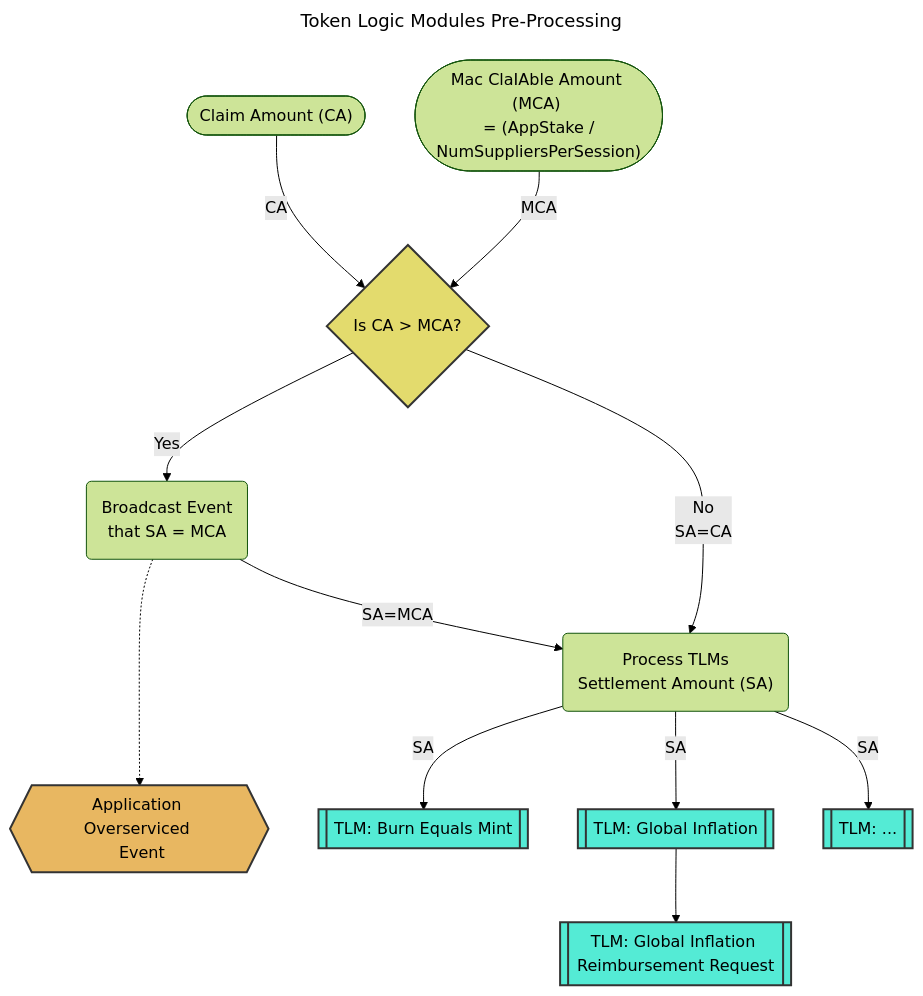
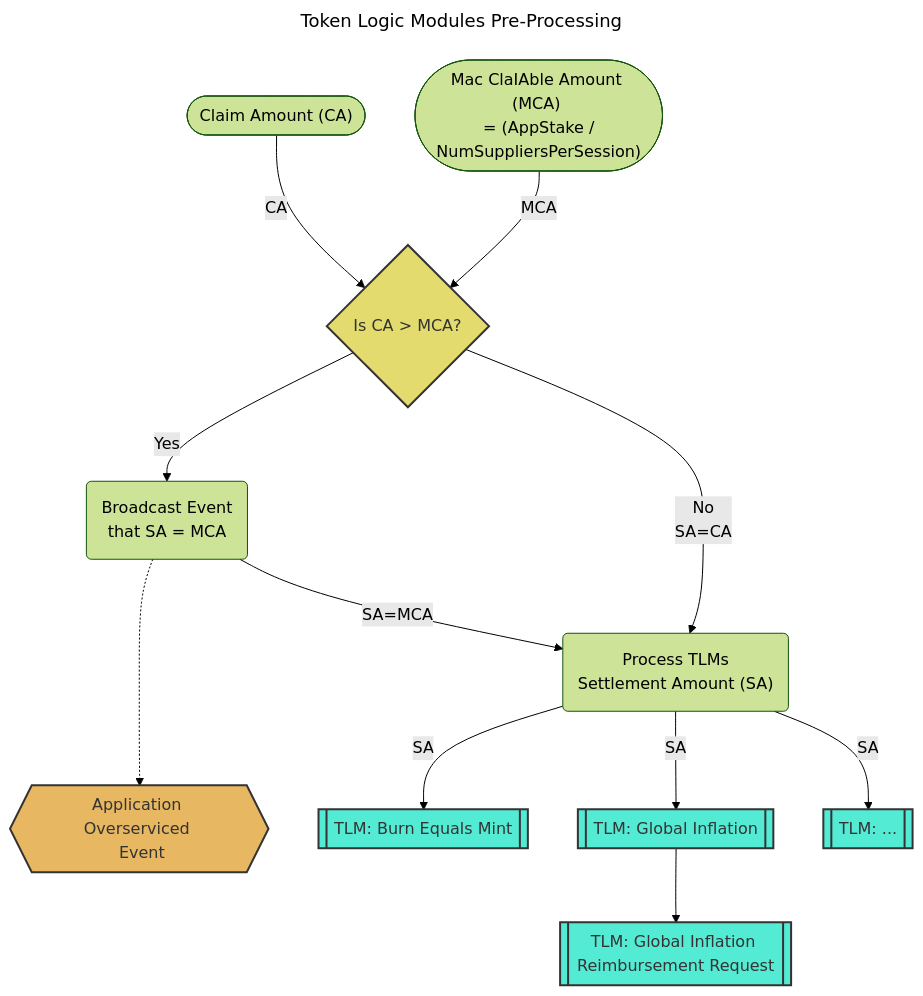
One commit to pokt-network/poktroll changed the first of 6 diagrams in docusaurus/docs/protocol/tokenomics/token_logic_modules.md. Above: the diagram before and after it, drawn with Mermaid (forest theme). The commit also changed other lines of this file, not shown here.

````diff
--- a/docusaurus/docs/protocol/tokenomics/token_logic_modules.md
+++ b/docusaurus/docs/protocol/tokenomics/token_logic_modules.md
@@ -83,33 +79,33 @@
 ```mermaid
 ---
 title: "Token Logic Modules Pre-Processing"
 ---
 flowchart TB
     CA(["Claim Amount (CA)"])
     MCA(["Mac ClaIAble Amount (MCA) <br> = (AppStake / NumSuppliersPerSession)"])
     CC{"Is CA > MCA?"}
     Update(Broadcast Event <br> that SA = MCA)
     SOAE{{Application Overserviced <br> Event}}
     TLMP("Process TLMs <br> Settlement Amount (SA)")
 
     CA -- CA --> CC
     MCA -- MCA --> CC
 
     Update -..-> SOAE
     CC -- Yes --> Update
     CC -- No<br>SA=CA --> TLMP
     Update -- SA=MCA --> TLMP
 
     TLMP --SA--> TLMBEM[[TLM: Burn Equals Mint]]
     TLMP --SA--> TLMGI[[TLM: Global Inflation]]
     TLMP --SA--> TLMO[[TLM: ...]]
     TLMGI --> TLMGIRR[[TLM: Global Inflation Reimbursement Request]]
 
-    classDef tlm fill:#54ebd5,stroke:#333,stroke-width:2px;
-    classDef question fill:#e3db6d,stroke:#333,stroke-width:2px;
-    classDef event fill:#e8b761,stroke:#333,stroke-width:2px;
+    classDef tlm fill:#54ebd5,color: #333,stroke:#333,stroke-width:2px;
+    classDef question fill:#e3db6d,color: #333,stroke:#333,stroke-width:2px;
+    classDef event fill:#e8b761,color: #333,stroke:#333,stroke-width:2px;
 
     class TLMBEM,TLMGI,TLMGIRR,TLMO tlm;
     class SOAE event;
     class CC question;
 ```
````
